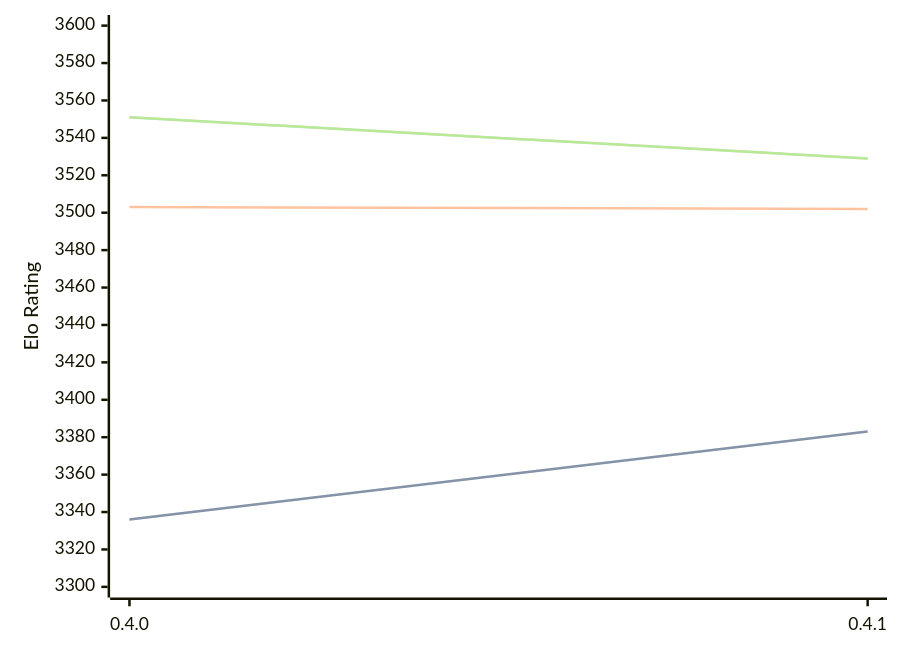
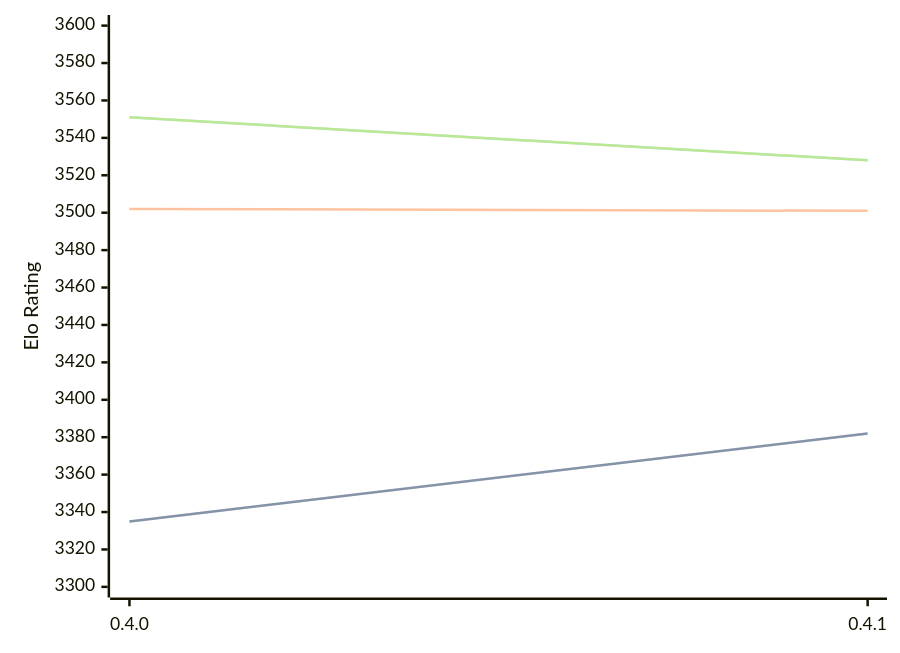
Before and after one commit to computer-chess-index/cci: the diagram in engines/Cinder.md, drawn with Mermaid. The commit also changed other lines of this file, not shown here.

Commit message:
Update CCI Ratings (ELO VLTC) - 2026-03-22

````diff
--- a/engines/Cinder.md
+++ b/engines/Cinder.md
@@ -40,11 +40,11 @@
 ```mermaid
 %%{init: {"theme":"base","themeVariables":{"seriesColors:['#a3a3a3','#222221','#faa371']}}}%%
 xychart-beta
   x-axis ["0.4.0", "0.4.1"]
   y-axis "Elo Rating" 3300 --> 3600
-  line "STC (8.0+0.08s)" [3336, 3383]
-  line "STC (8.0+0.08s)" [3336, 3383]
-  line "LTC (60.0+0.60s)" [3503, 3502]
-  line "VLTC (2m24s+1.12s)" [3551, 3529]
-  line "VLTC (2m24s+1.12s)" [3551, 3529]
+  line "STC (8.0+0.08s)" [3335, 3382]
+  line "STC (8.0+0.08s)" [3335, 3382]
+  line "LTC (60.0+0.60s)" [3502, 3501]
+  line "VLTC (2m24s+1.12s)" [3551, 3528]
+  line "VLTC (2m24s+1.12s)" [3551, 3528]
 ```
````
